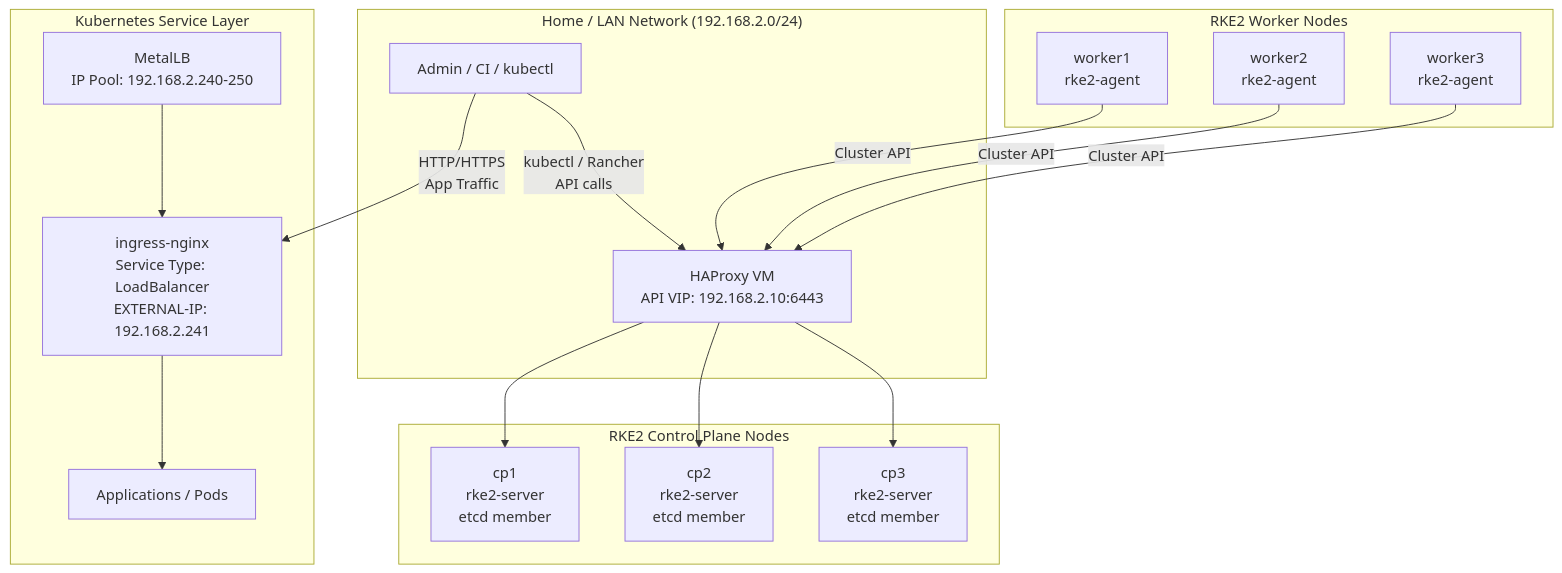
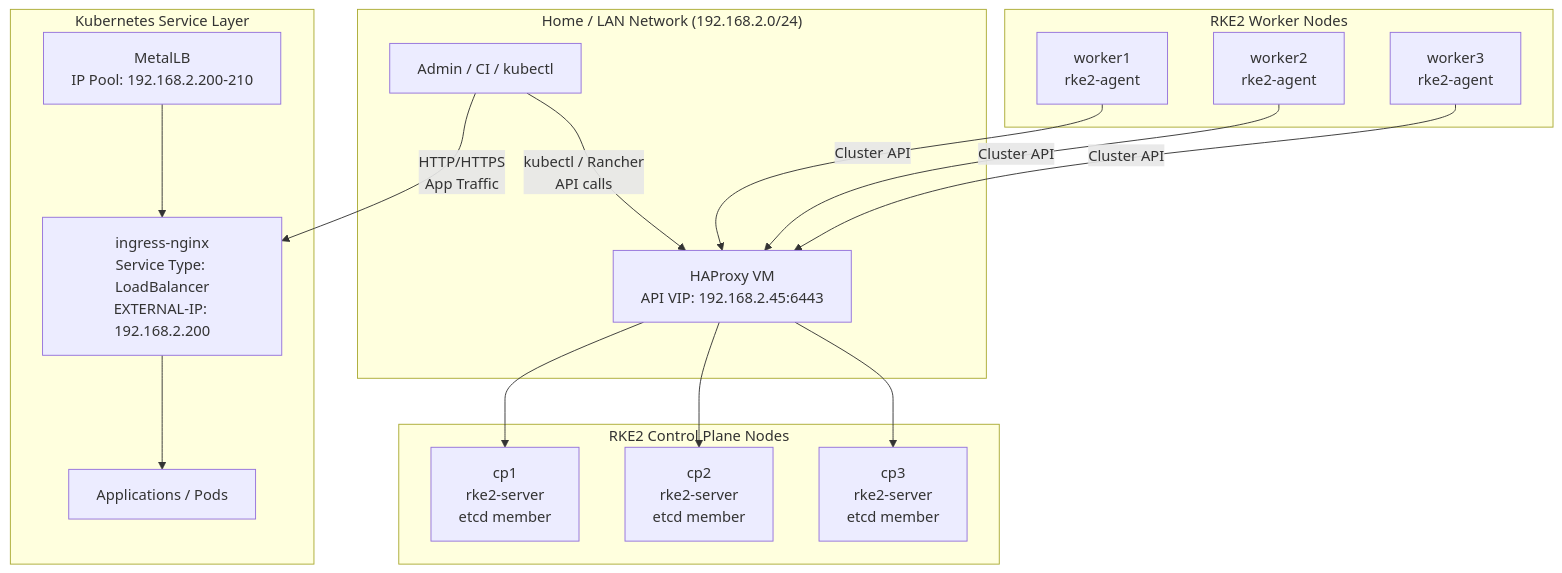
Before and after one commit to MarcoIsVasco19/homelab_ops: the diagram in README.md, drawn with Mermaid. The commit also changed 1 other file, not shown here.

Commit message:
update readme and todo list

````diff
--- a/README.md
+++ b/README.md
@@ -33,63 +33,63 @@
 ``` mermaid
 flowchart TB
 
 %% =========================
 %% External / LAN Layer
 %% =========================
 
 subgraph LAN["Home / LAN Network (192.168.2.0/24)"]
     Admin["Admin / CI / kubectl"]
-    API_VIP["HAProxy VM<br/>API VIP: 192.168.2.10:6443"]
+    API_VIP["HAProxy VM<br/>API VIP: 192.168.2.45:6443"]
 end
 
 %% =========================
 %% Kubernetes Control Plane
 %% =========================
 
 subgraph ControlPlane["RKE2 Control Plane Nodes"]
     CP1["cp1<br/>rke2-server<br/>etcd member"]
     CP2["cp2<br/>rke2-server<br/>etcd member"]
     CP3["cp3<br/>rke2-server<br/>etcd member"]
 end
 
 %% =========================
 %% Worker Nodes
 %% =========================
 
 subgraph Workers["RKE2 Worker Nodes"]
     W1["worker1<br/>rke2-agent"]
     W2["worker2<br/>rke2-agent"]
     W3["worker3<br/>rke2-agent"]
 end
 
 %% =========================
 %% Kubernetes Services Layer
 %% =========================
 
 subgraph K8sServices["Kubernetes Service Layer"]
-    MetalLB["MetalLB<br/>IP Pool: 192.168.2.240-250"]
-    Ingress["ingress-nginx<br/>Service Type: LoadBalancer<br/>EXTERNAL-IP: 192.168.2.241"]
+    MetalLB["MetalLB<br/>IP Pool: 192.168.2.200-210"]
+    Ingress["ingress-nginx<br/>Service Type: LoadBalancer<br/>EXTERNAL-IP: 192.168.2.200"]
     Apps["Applications / Pods"]
 end
 
 %% =========================
 %% API Traffic Flow
 %% =========================
 
 Admin -->|kubectl / Rancher<br/>API calls| API_VIP
 W1 -->|Cluster API| API_VIP
 W2 -->|Cluster API| API_VIP
 W3 -->|Cluster API| API_VIP
 
 API_VIP --> CP1
 API_VIP --> CP2
 API_VIP --> CP3
 
 %% =========================
 %% Application Traffic Flow
 %% =========================
 
 Admin -->|HTTP/HTTPS<br/>App Traffic| Ingress
 MetalLB --> Ingress
 Ingress --> Apps
 ```
````
